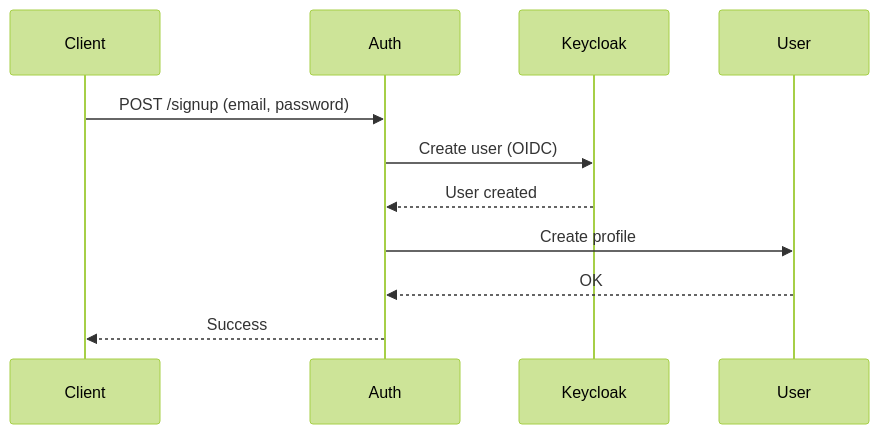
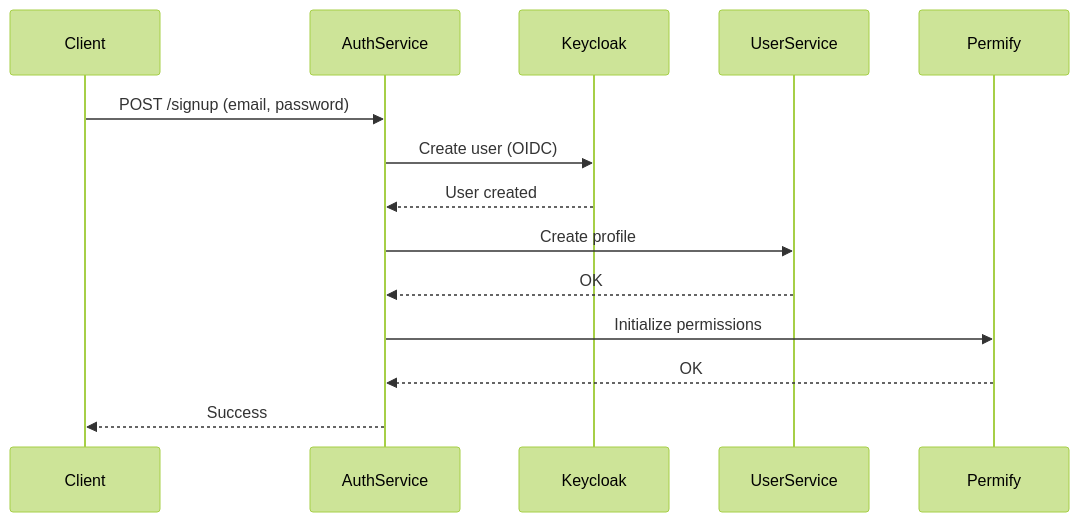
The second of 6 diagrams in vue-technique/02-authentification.adoc (Razano26/Beep-TAD.AM), drawn with Mermaid (forest theme) before and after one commit. The commit also changed other lines of this file and 6 other files, not shown here.

Commit message:
feat: Refine Beep application documentation by enhancing service descriptions, improving clarity on authentication flows, and updating observability and security sections for better understanding and usability

```diff
--- a/vue-technique/02-authentification.adoc
+++ b/vue-technique/02-authentification.adoc
@@ -45,15 +49,18 @@
 [mermaid]
 ----
 sequenceDiagram
     participant Client
-    participant Auth
+    participant AuthService
     participant Keycloak
-    participant User
+    participant UserService
+    participant Permify
 
-    Client->>Auth: POST /signup (email, password)
-    Auth->>Keycloak: Create user (OIDC)
-    Keycloak-->>Auth: User created
-    Auth->>User: Create profile
-    User-->>Auth: OK
-    Auth-->>Client: Success
+    Client->>AuthService: POST /signup (email, password)
+    AuthService->>Keycloak: Create user (OIDC)
+    Keycloak-->>AuthService: User created
+    AuthService->>UserService: Create profile
+    UserService-->>AuthService: OK
+    AuthService->>Permify: Initialize permissions
+    Permify-->>AuthService: OK
+    AuthService-->>Client: Success
 ----
```
